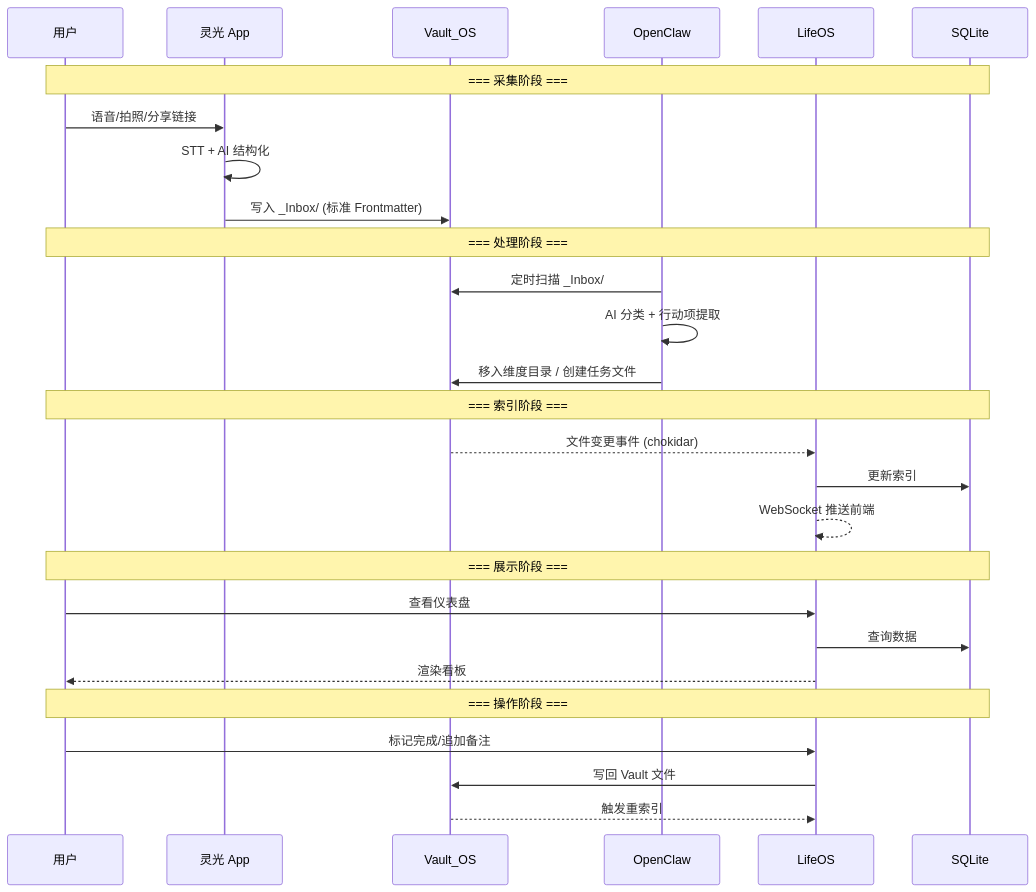
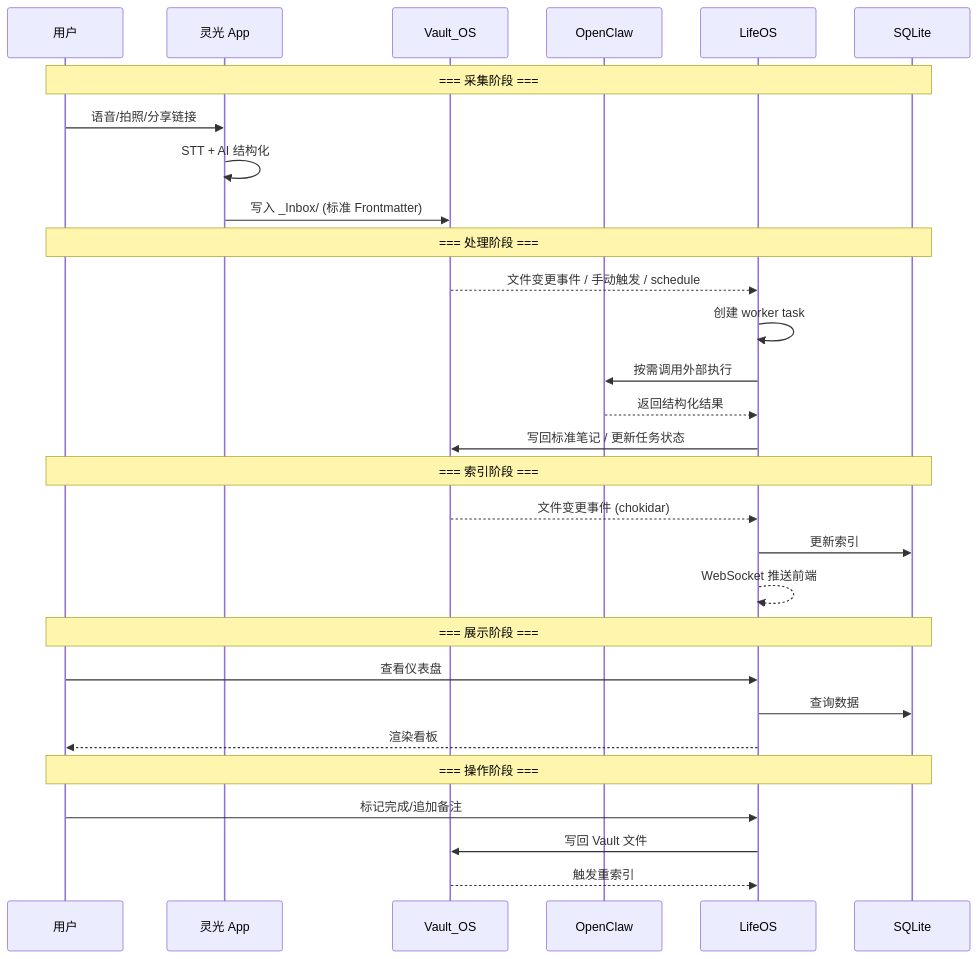
The diagram in architecture/data-flow.md (xionglei191/LifeOnline), drawn with Mermaid before and after one commit. The commit also changed other lines of this file and 49 other files, not shown here.

````diff
--- a/architecture/data-flow.md
+++ b/architecture/data-flow.md
@@ -9,34 +9,36 @@
 ```mermaid
 sequenceDiagram
     participant U as 用户
     participant LG as 灵光 App
     participant V as Vault_OS
     participant OC as OpenClaw
     participant LOS as LifeOS
     participant DB as SQLite
 
     Note over U,DB: === 采集阶段 ===
     U->>LG: 语音/拍照/分享链接
     LG->>LG: STT + AI 结构化
     LG->>V: 写入 _Inbox/ (标准 Frontmatter)
 
     Note over U,DB: === 处理阶段 ===
-    OC->>V: 定时扫描 _Inbox/
-    OC->>OC: AI 分类 + 行动项提取
-    OC->>V: 移入维度目录 / 创建任务文件
+    V-->>LOS: 文件变更事件 / 手动触发 / schedule
+    LOS->>LOS: 创建 worker task
+    LOS->>OC: 按需调用外部执行
+    OC-->>LOS: 返回结构化结果
+    LOS->>V: 写回标准笔记 / 更新任务状态
 
     Note over U,DB: === 索引阶段 ===
     V-->>LOS: 文件变更事件 (chokidar)
     LOS->>DB: 更新索引
     LOS-->>LOS: WebSocket 推送前端
 
     Note over U,DB: === 展示阶段 ===
     U->>LOS: 查看仪表盘
     LOS->>DB: 查询数据
     LOS-->>U: 渲染看板
 
     Note over U,DB: === 操作阶段 ===
     U->>LOS: 标记完成/追加备注
     LOS->>V: 写回 Vault 文件
     V-->>LOS: 触发重索引
 ```
````
